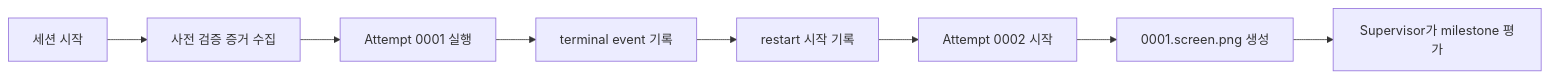
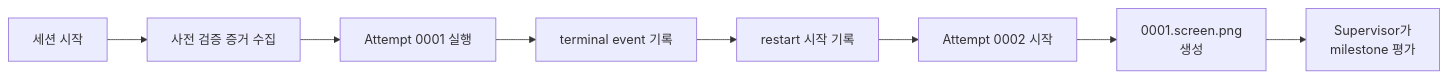
The second of 6 diagrams in docs/contracts/RUNNER_SUPERVISOR_AGENT_ARCHITECTURE.md (jidon333/STS2_Mod_AI_Companion), drawn with Mermaid before and after one commit. The commit also changed other lines of this file and 4 other files, not shown here.

Commit message:
Improve Mermaid readability in harness docs

````diff
--- a/docs/contracts/RUNNER_SUPERVISOR_AGENT_ARCHITECTURE.md
+++ b/docs/contracts/RUNNER_SUPERVISOR_AGENT_ARCHITECTURE.md
@@ -251,10 +251,10 @@
 ```mermaid
 flowchart LR
     A["세션 시작"] --> B["사전 검증 증거 수집"]
     B --> C["Attempt 0001 실행"]
     C --> D["terminal event 기록"]
     D --> E["restart 시작 기록"]
     E --> F["Attempt 0002 시작"]
-    F --> G["0001.screen.png 생성"]
-    G --> H["Supervisor가 milestone 평가"]
+    F --> G["0001.screen.png<br/>생성"]
+    G --> H["Supervisor가<br/>milestone 평가"]
 ```
````
